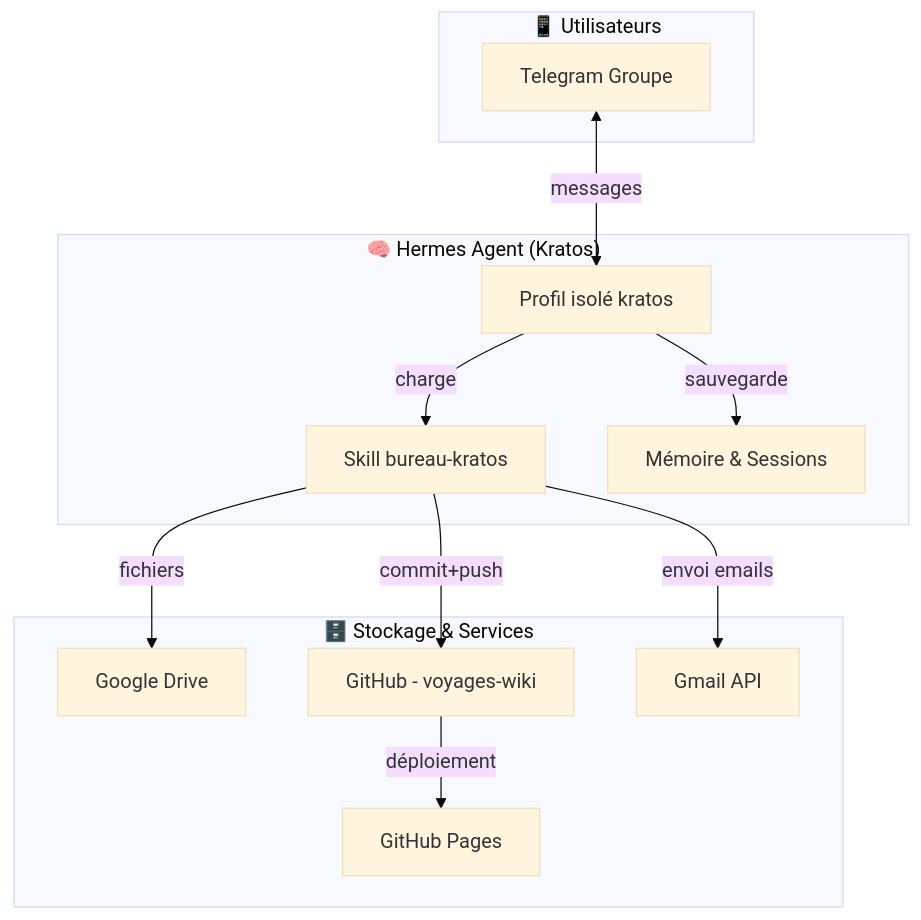
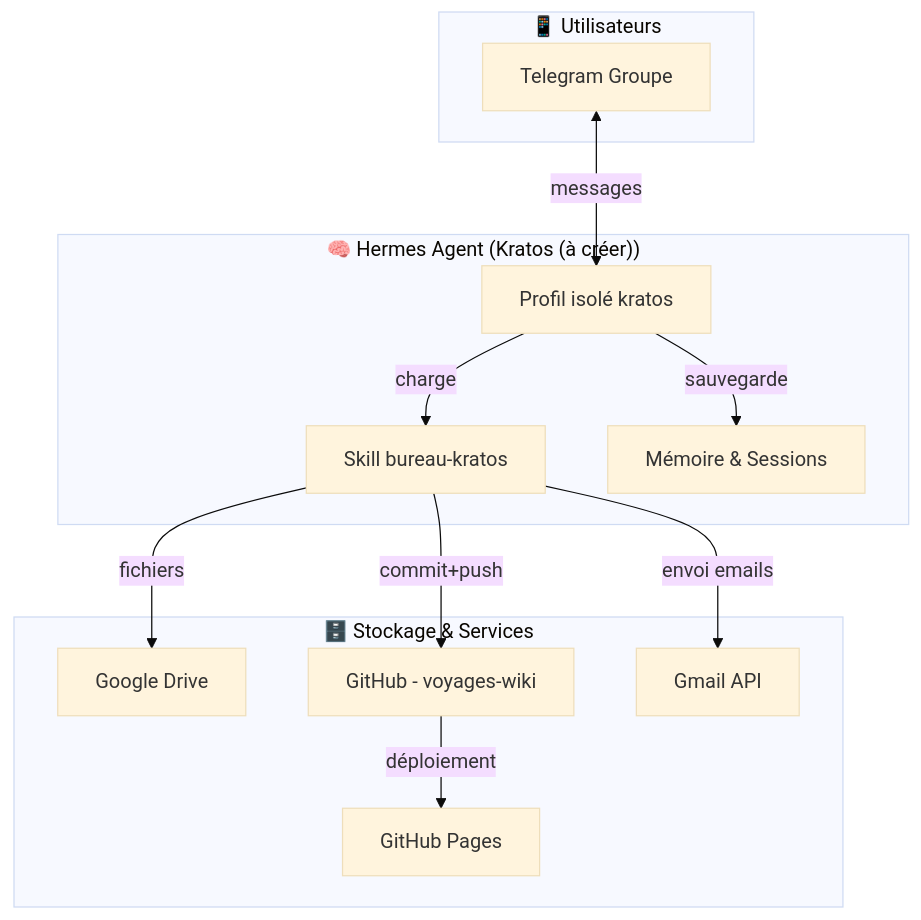
One commit to christophedanhier-hash/BAVI_LEO changed the first of 3 diagrams in docs/wiki/agent-pro/bureau-sylvia/kratos-transfer-documentation.md. Above: the diagram before and after it, drawn with Mermaid (base theme). The commit also changed other lines of this file and 116 other files, not shown here.

````diff
--- a/docs/wiki/agent-pro/bureau-sylvia/kratos-transfer-documentation.md
+++ b/docs/wiki/agent-pro/bureau-sylvia/kratos-transfer-documentation.md
@@ -69,27 +69,27 @@
 ```mermaid
 graph TB
     subgraph "📱 Utilisateurs"
         T[Telegram Groupe]
     end
 
-    subgraph "🧠 Hermes Agent (Kratos)"
+    subgraph "🧠 Hermes Agent (Kratos (à créer))"
         PRO[Profil isolé kratos]
         SK[Skill bureau-kratos]
         MEM[Mémoire & Sessions]
     end
 
     subgraph "🗄️ Stockage & Services"
         DRV[Google Drive]
         GH[GitHub - voyages-wiki]
         WP[GitHub Pages]
         GM[Gmail API]
     end
 
     T <-->|messages| PRO
     PRO -->|charge| SK
     PRO -->|sauvegarde| MEM
     SK -->|fichiers| DRV
     SK -->|commit+push| GH
     GH -->|déploiement| WP
     SK -->|envoi emails| GM
 ```
````
